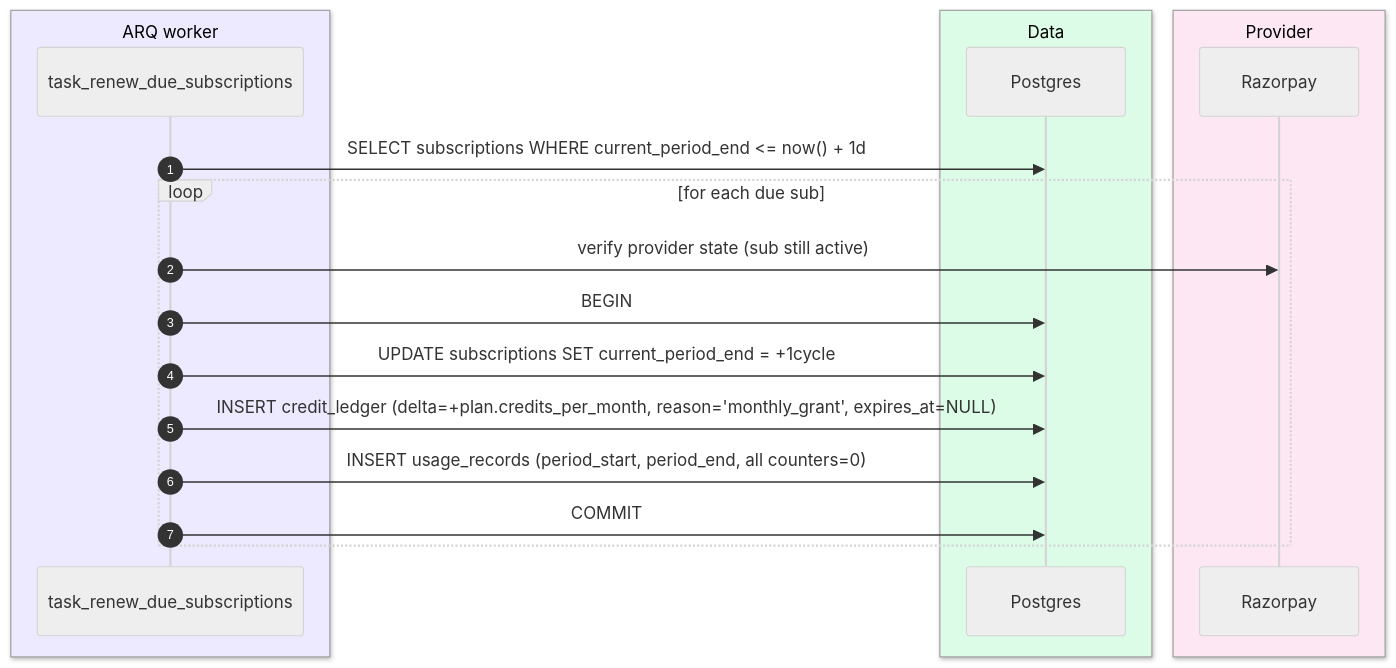
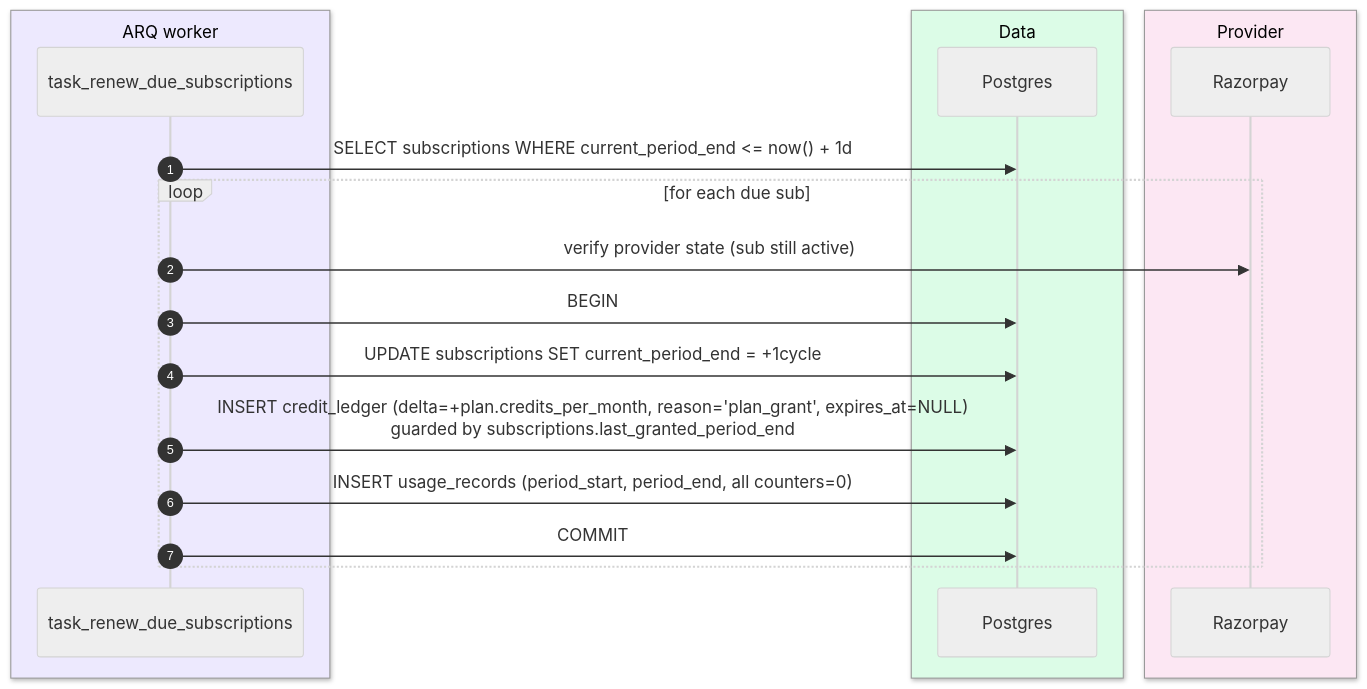
The first of 3 diagrams in docs/system-design/docs/04-flows/credit-ledger.md (digibranders/oye-chats-platform), drawn with Mermaid (neutral theme) before and after one commit. The commit also changed other lines of this file and 35 other files, not shown here.

First line of the commit message:
docs(system-design): the architecture site described a system two rewrites old

````diff
--- a/docs/system-design/docs/04-flows/credit-ledger.md
+++ b/docs/system-design/docs/04-flows/credit-ledger.md
@@ -11,23 +19,23 @@
 ```mermaid
 sequenceDiagram
     autonumber
     box rgb(237,233,254) ARQ worker
       participant Worker as task_renew_due_subscriptions
     end
     box rgb(220,252,231) Data
       participant DB as Postgres
     end
     box rgb(252,231,243) Provider
       participant RZP as Razorpay
     end
 
     Worker->>DB: SELECT subscriptions WHERE current_period_end <= now() + 1d
     loop for each due sub
         Worker->>RZP: verify provider state (sub still active)
         Worker->>DB: BEGIN
         Worker->>DB: UPDATE subscriptions SET current_period_end = +1cycle
-        Worker->>DB: INSERT credit_ledger (delta=+plan.credits_per_month, reason='monthly_grant', expires_at=NULL)
+        Worker->>DB: INSERT credit_ledger (delta=+plan.credits_per_month, reason='plan_grant', expires_at=NULL)<br/>guarded by subscriptions.last_granted_period_end
         Worker->>DB: INSERT usage_records (period_start, period_end, all counters=0)
         Worker->>DB: COMMIT
     end
 ```
````
